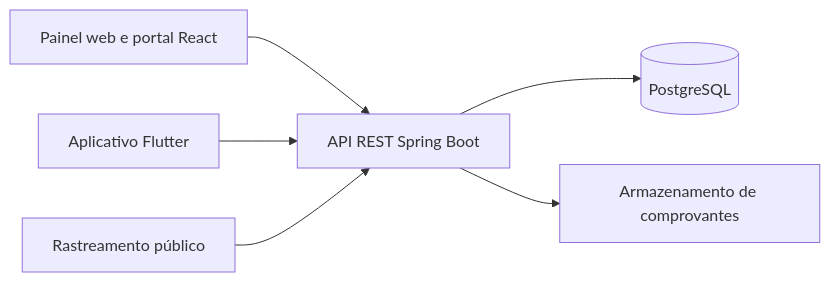
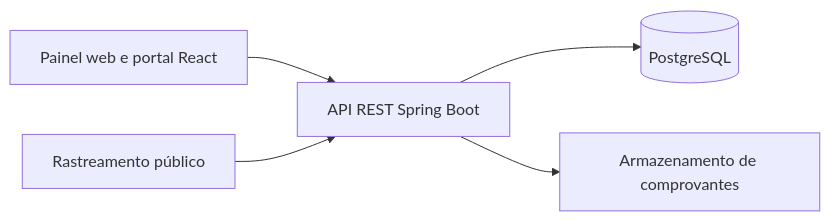
One commit to CA10V1ANA/js-boy changed the diagram in README.md. Above: the diagram before and after it, drawn with Mermaid. The commit also changed other lines of this file and 7 other files, not shown here.

````diff
--- a/README.md
+++ b/README.md
@@ -56,8 +54,7 @@
 ```mermaid
 flowchart LR
     WEB["Painel web e portal React"] --> API["API REST Spring Boot"]
-    APP["Aplicativo Flutter"] --> API
     TRACK["Rastreamento público"] --> API
     API --> DB[(PostgreSQL)]
     API --> FILES["Armazenamento de comprovantes"]
 ```
````
